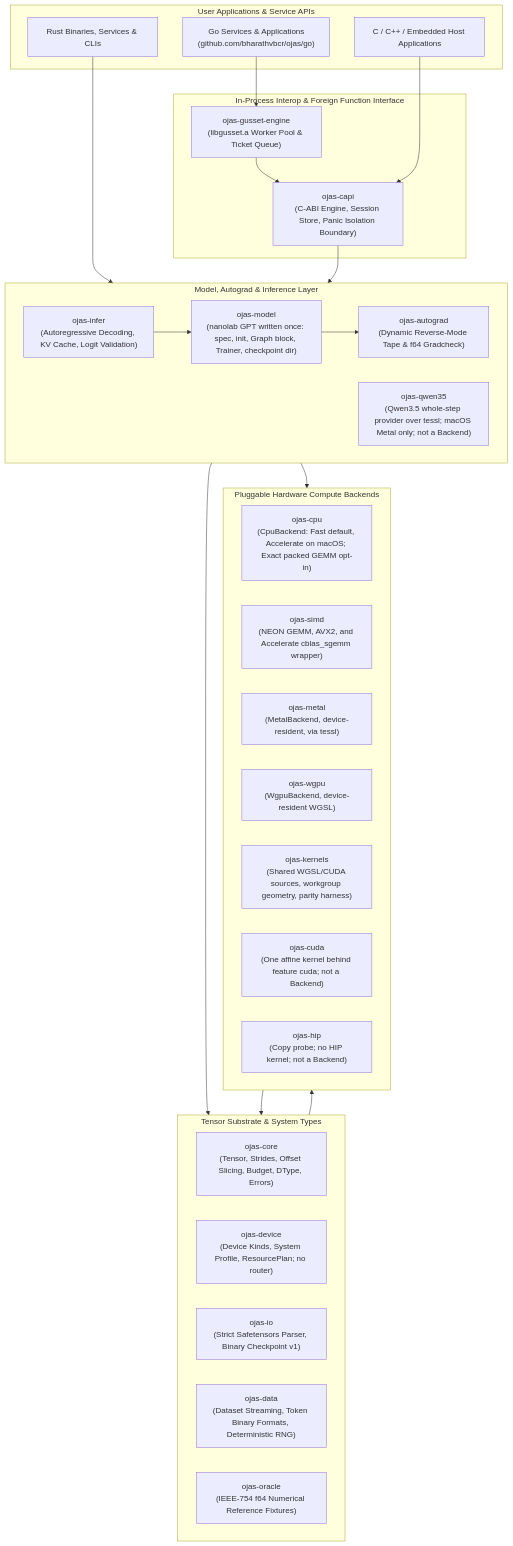
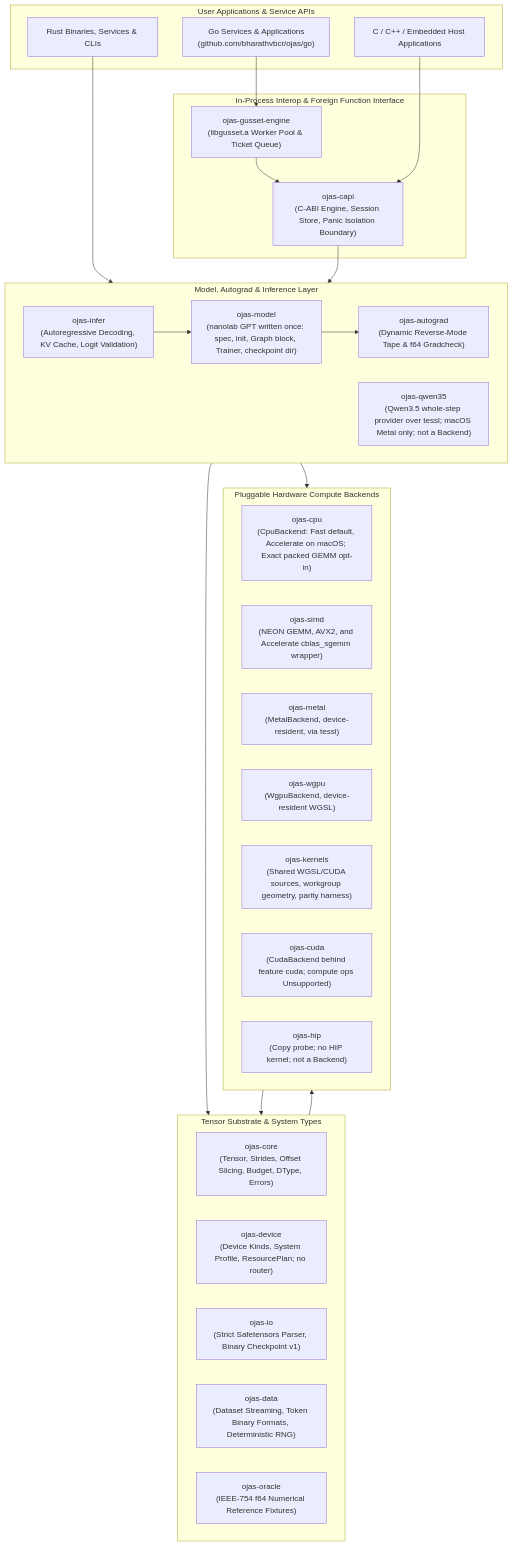
One commit to bharathvbcr/ojas changed the second of 8 diagrams in README.md. Above: the diagram before and after it, drawn with Mermaid. The commit also changed other lines of this file and 43 other files, not shown here.

````diff
--- a/README.md
+++ b/README.md
@@ -109,51 +109,51 @@
 ```mermaid
 flowchart TD
     subgraph Applications["User Applications & Service APIs"]
         GoApp["Go Services & Applications\n(github.com/bharathvbcr/ojas/go)"]
         RustApp["Rust Binaries, Services & CLIs"]
         ForeignApp["C / C++ / Embedded Host Applications"]
     end
 
     subgraph Interop["In-Process Interop & Foreign Function Interface"]
         Gusset["ojas-gusset-engine\n(libgusset.a Worker Pool & Ticket Queue)"]
         CAPI["ojas-capi\n(C-ABI Engine, Session Store, Panic Isolation Boundary)"]
     end
 
     subgraph HighLevel["Model, Autograd & Inference Layer"]
         Infer["ojas-infer\n(Autoregressive Decoding, KV Cache, Logit Validation)"]
         Autograd["ojas-autograd\n(Dynamic Reverse-Mode Tape & f64 Gradcheck)"]
         Model["ojas-model\n(nanolab GPT written once: spec, init, Graph block, Trainer, checkpoint dir)"]
         Qwen35["ojas-qwen35\n(Qwen3.5 whole-step provider over tessl; macOS Metal only; not a Backend)"]
     end
 
     subgraph CoreEngine["Tensor Substrate & System Types"]
         Core["ojas-core\n(Tensor, Strides, Offset Slicing, Budget, DType, Errors)"]
         Device["ojas-device\n(Device Kinds, System Profile, ResourcePlan; no router)"]
         IO["ojas-io\n(Strict Safetensors Parser, Binary Checkpoint v1)"]
         Data["ojas-data\n(Dataset Streaming, Token Binary Formats, Deterministic RNG)"]
         Oracle["ojas-oracle\n(IEEE-754 f64 Numerical Reference Fixtures)"]
     end
 
     subgraph HardwareBackends["Pluggable Hardware Compute Backends"]
         CPU["ojas-cpu\n(CpuBackend: Fast default, Accelerate on macOS; Exact packed GEMM opt-in)"]
         SIMD["ojas-simd\n(NEON GEMM, AVX2, and Accelerate cblas_sgemm wrapper)"]
         Metal["ojas-metal\n(MetalBackend, device-resident, via tessl)"]
         WGPU["ojas-wgpu\n(WgpuBackend, device-resident WGSL)"]
         Kernels["ojas-kernels\n(Shared WGSL/CUDA sources, workgroup geometry, parity harness)"]
-        CUDA["ojas-cuda\n(One affine kernel behind feature cuda; not a Backend)"]
+        CUDA["ojas-cuda\n(CudaBackend behind feature cuda; compute ops Unsupported)"]
         HIP["ojas-hip\n(Copy probe; no HIP kernel; not a Backend)"]
     end
 
     GoApp --> Gusset
     Gusset --> CAPI
     ForeignApp --> CAPI
     RustApp --> HighLevel
     CAPI --> HighLevel
     Infer --> Model
     Model --> Autograd
 
     HighLevel --> CoreEngine
     HighLevel --> HardwareBackends
     HardwareBackends --> CoreEngine
     CoreEngine --> HardwareBackends
 ```
````
